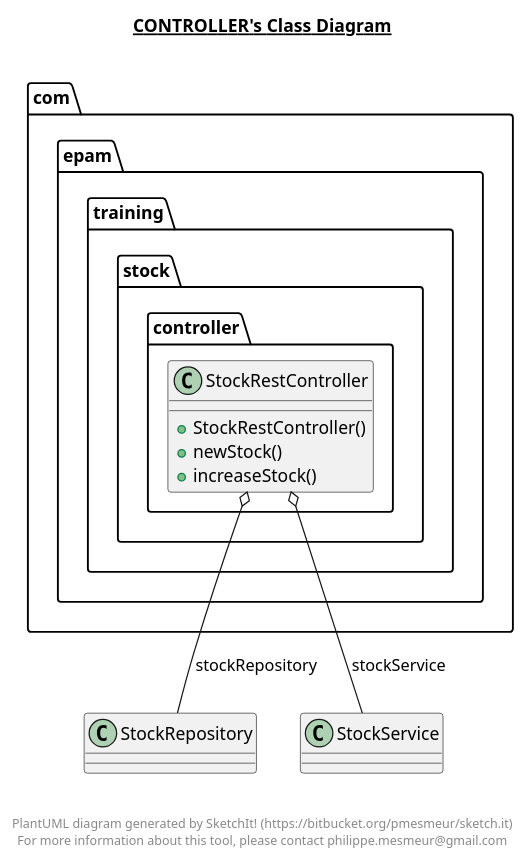
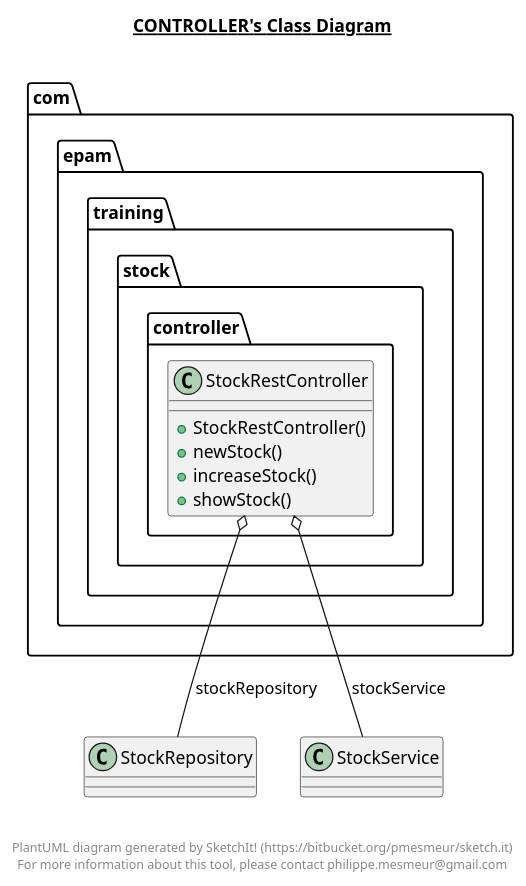
Before and after one commit to nik-nenkov/tutoring-rest-api-with-java: the diagram in src/main/java/com/epam/training/stock/controller/controller.plantuml, drawn with PlantUML. The commit also changed 16 other files, not shown here.

```diff
--- a/src/main/java/com/epam/training/stock/controller/controller.plantuml
+++ b/src/main/java/com/epam/training/stock/controller/controller.plantuml
@@ -1,27 +1,28 @@
 @startuml
 
 title __CONTROLLER's Class Diagram__\n
 
   package com.epam.training.stock {
     package com.epam.training.stock.controller {
       class StockRestController {
           + StockRestController()
           + newStock()
           + increaseStock()
+          + showStock()
       }
     }
   }
   
 
   StockRestController o-- StockRepository : stockRepository
   StockRestController o-- StockService : stockService
 
 
 right footer
 
 
 PlantUML diagram generated by SketchIt! (https://bitbucket.org/pmesmeur/sketch.it)
 For more information about this tool, please contact philippe.mesmeur@gmail.com
 endfooter
 
 @enduml
```
